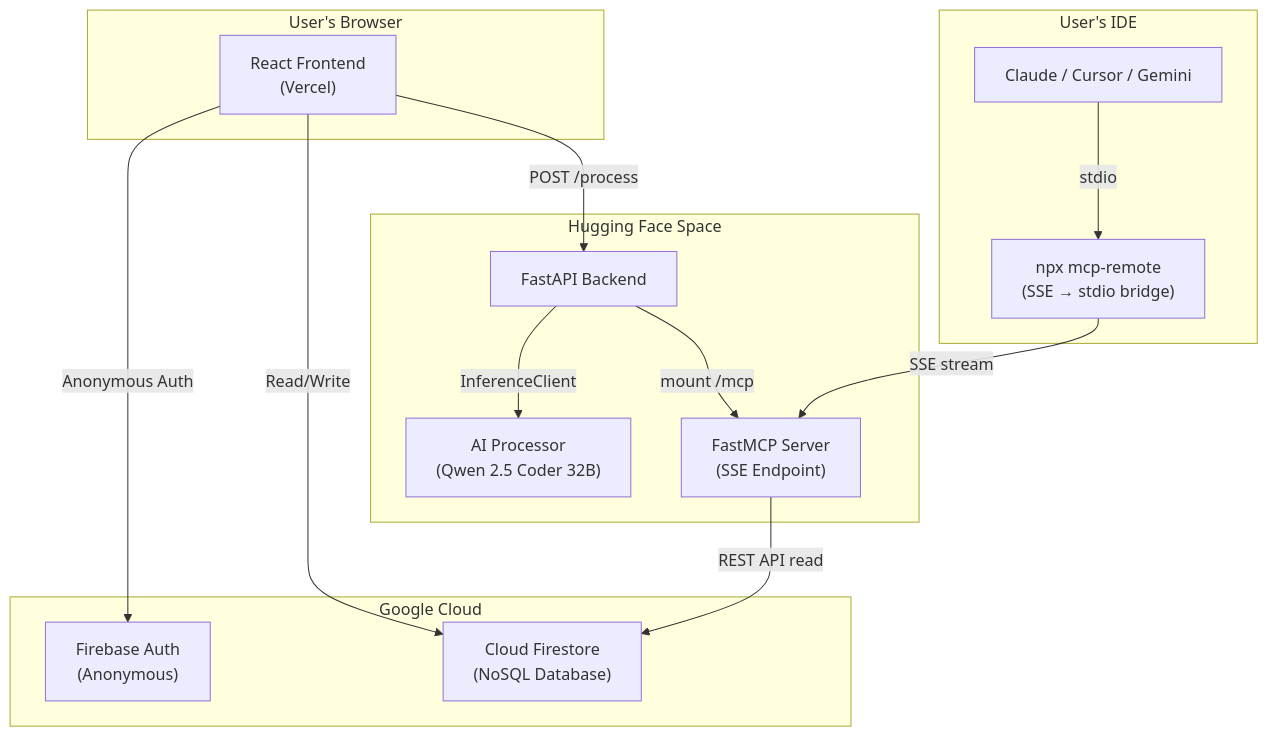
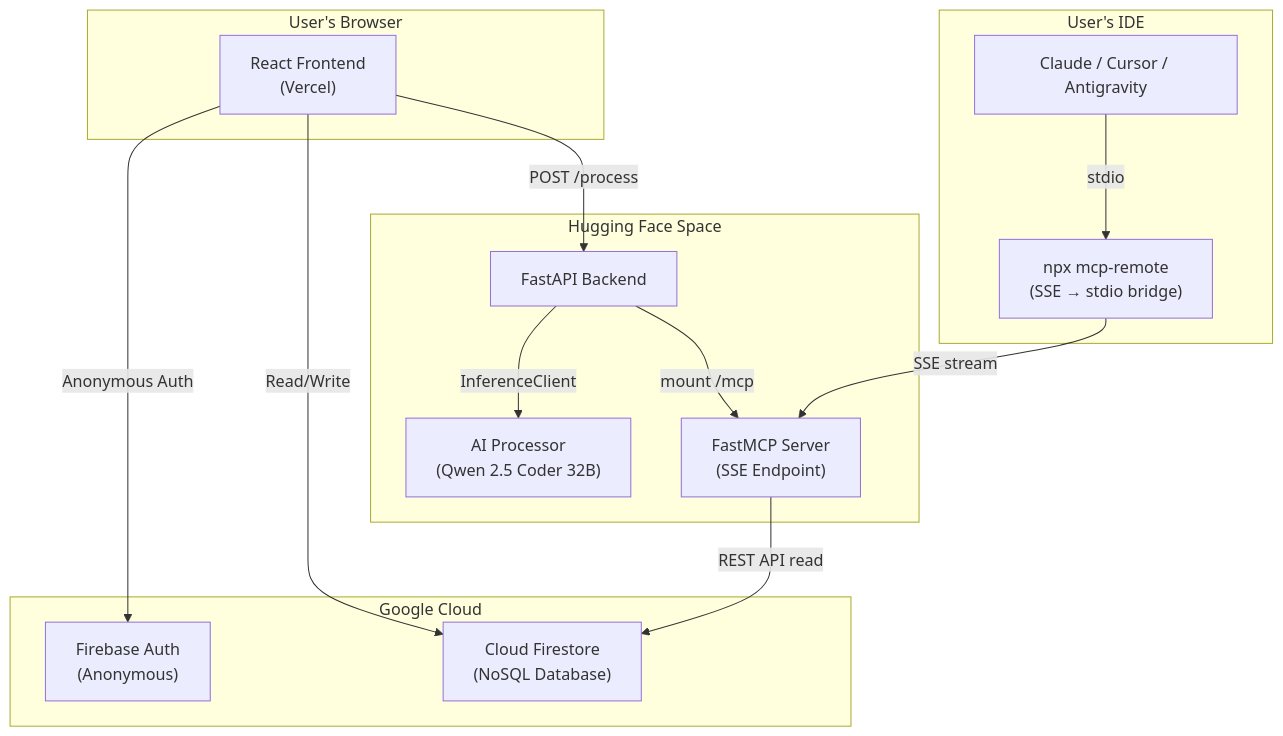
One commit to Kaustubhhbhoirr/VaultMcp changed the diagram in README.md. Above: the diagram before and after it, drawn with Mermaid.

Commit message:
docs: update IDE examples in README to include Antigravity

````diff
--- a/README.md
+++ b/README.md
@@ -72,31 +72,31 @@
 ```mermaid
 graph TB
     subgraph "User's Browser"
         A["React Frontend<br/>(Vercel)"]
     end
 
     subgraph "Hugging Face Space"
         B["FastAPI Backend"]
         C["AI Processor<br/>(Qwen 2.5 Coder 32B)"]
         D["FastMCP Server<br/>(SSE Endpoint)"]
     end
 
     subgraph "Google Cloud"
         E["Firebase Auth<br/>(Anonymous)"]
         F["Cloud Firestore<br/>(NoSQL Database)"]
     end
 
     subgraph "User's IDE"
-        G["Claude / Cursor / Gemini"]
+        G["Claude / Cursor / Antigravity"]
         H["npx mcp-remote<br/>(SSE → stdio bridge)"]
     end
 
     A -->|"POST /process"| B
     A -->|"Read/Write"| F
     A -->|"Anonymous Auth"| E
     B -->|"InferenceClient"| C
     B -->|"mount /mcp"| D
     H -->|"SSE stream"| D
     G -->|"stdio"| H
     D -->|"REST API read"| F
 ```
````
